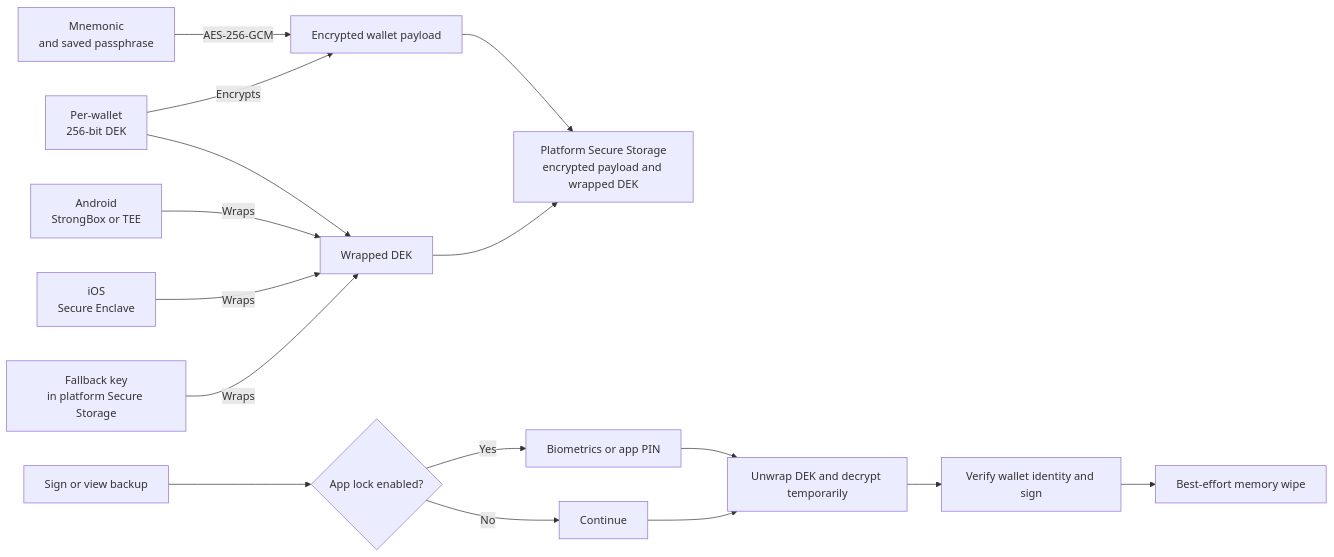
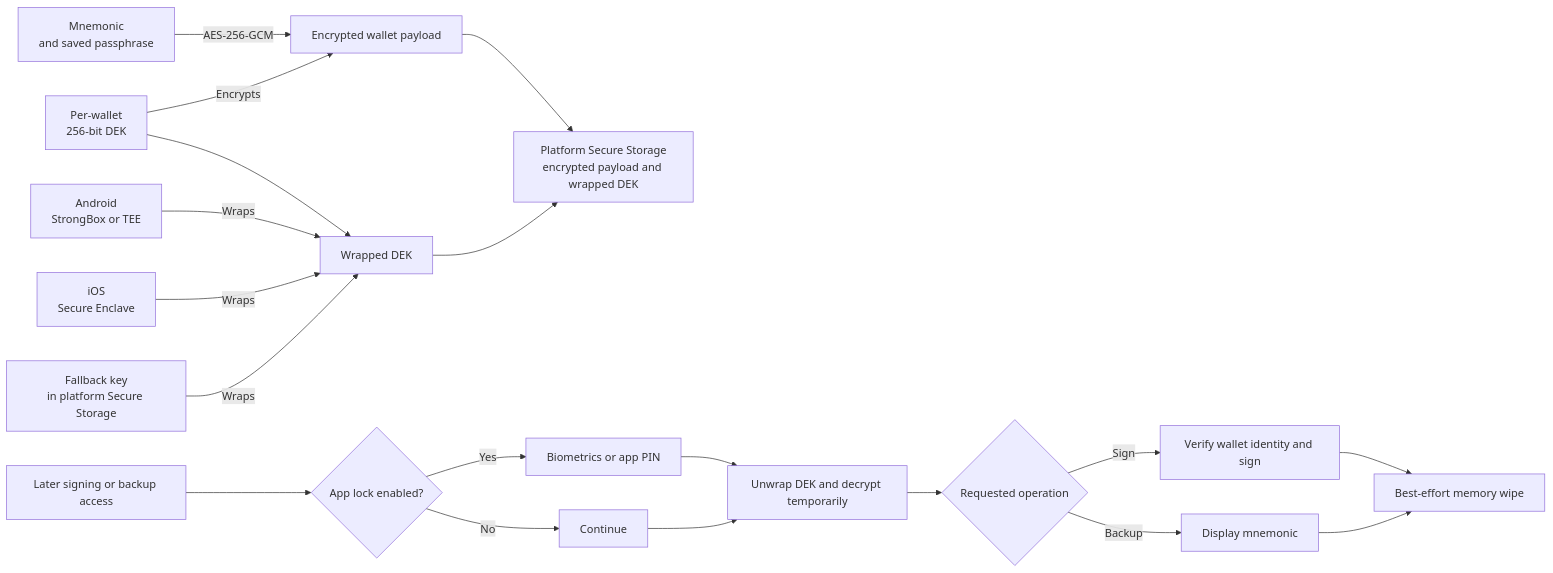
Before and after one commit to noncelab/coconut_wallet: the diagram in README.md, drawn with Mermaid. The commit also changed other lines of this file and 1 other file, not shown here.

Commit message:
docs(hot-wallet-security): 핫월렛 보안 관련 문서 내용 보충

````diff
--- a/README.md
+++ b/README.md
@@ -71,20 +71,23 @@
 ```mermaid
 flowchart LR
     A[Mnemonic<br/>and saved passphrase] -->|AES-256-GCM| B[Encrypted wallet payload]
     C[Per-wallet<br/>256-bit DEK] -->|Encrypts| B
     B --> S[Platform Secure Storage<br/>encrypted payload and wrapped DEK]
 
     C --> W[Wrapped DEK]
     E[Android<br/>StrongBox or TEE] -->|Wraps| W
     F[iOS<br/>Secure Enclave] -->|Wraps| W
     G[Fallback key<br/>in platform Secure Storage] -->|Wraps| W
     W --> S
 
-    H[Sign or view backup] --> I{App lock enabled?}
+    H[Later signing or backup access] --> I{App lock enabled?}
     I -->|Yes| J[Biometrics or app PIN]
     I -->|No| K[Continue]
     J --> L[Unwrap DEK and decrypt temporarily]
     K --> L
-    L --> M[Verify wallet identity and sign]
-    M --> N[Best-effort memory wipe]
+    L --> M{Requested operation}
+    M -->|Sign| O[Verify wallet identity and sign]
+    M -->|Backup| P[Display mnemonic]
+    O --> N[Best-effort memory wipe]
+    P --> N
 ```
````
